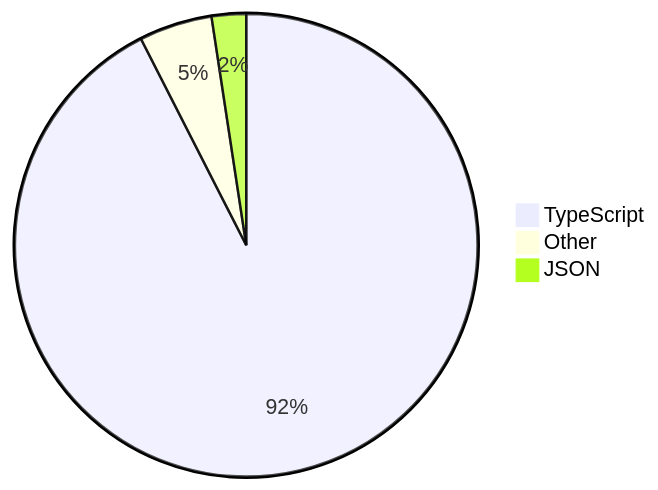
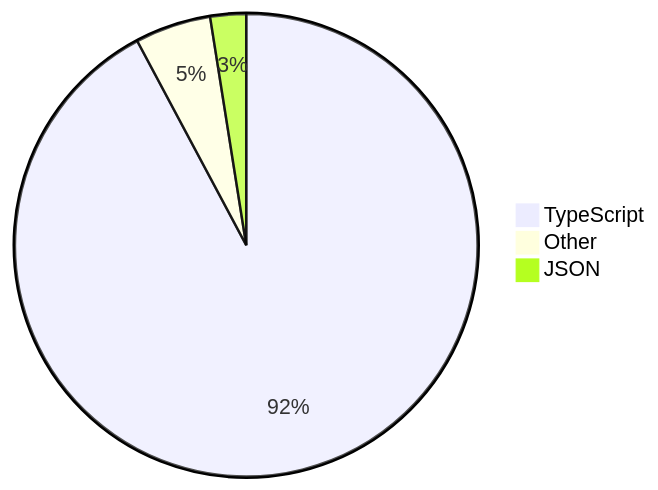
The diagram in README.md (skvggor/skvggor), drawn with Mermaid before and after one commit.

Commit message:
Updated waka-readme graph with new metrics

````diff
--- a/README.md
+++ b/README.md
@@ -28,6 +28,6 @@
 ```mermaid
 pie
-    "TypeScript" : 92.4
-    "Other" : 5.1
-    "JSON" : 2.4
+    "TypeScript" : 92.2
+    "Other" : 5.3
+    "JSON" : 2.5
 ```
````
